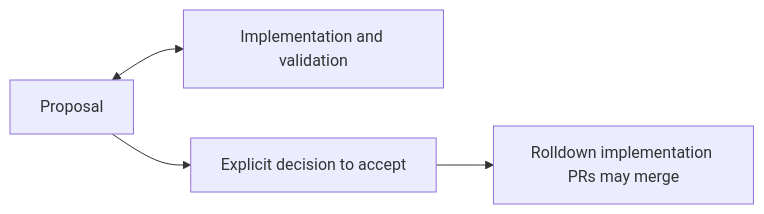
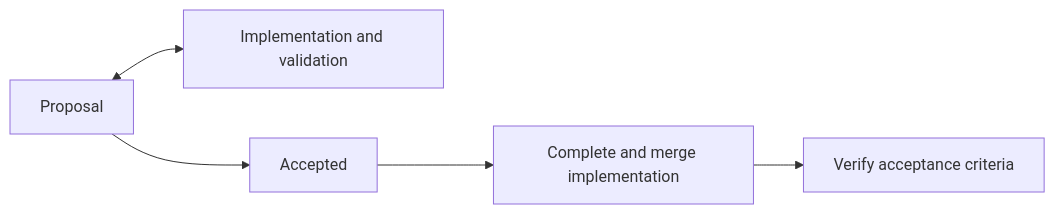
One commit to h-a-n-a/cache changed the diagram in README.md. Above: the diagram before and after it, drawn with Mermaid. The commit also changed other lines of this file, not shown here.

````diff
--- a/README.md
+++ b/README.md
@@ -65,6 +75,7 @@
 ```mermaid
 flowchart LR
     P[Proposal] <--> V[Implementation and validation]
-    P --> A[Explicit decision to accept]
-    A --> M[Rolldown implementation PRs may merge]
+    P --> A[Accepted]
+    A --> M[Complete and merge implementation]
+    M --> C[Verify acceptance criteria]
 ```
````
